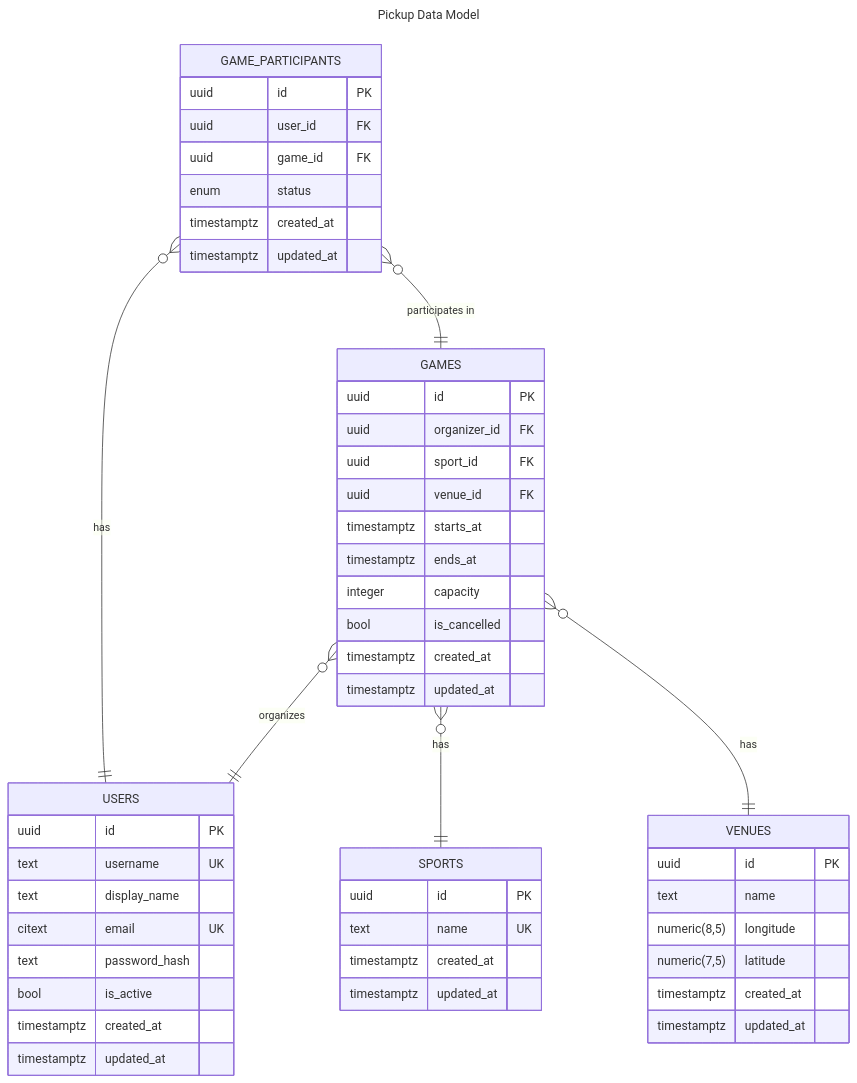
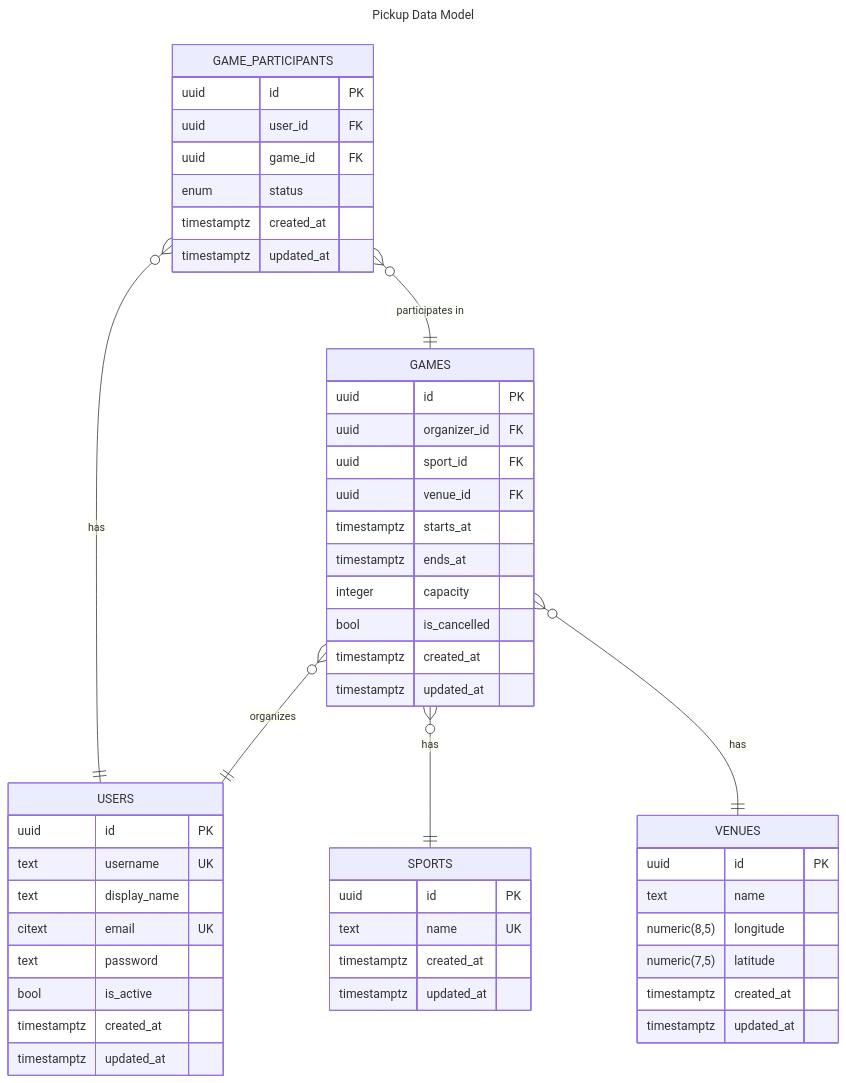
The diagram in docs/data-model.md (AkakiGoginava/React-Native---Next.js-Learning-Project), drawn with Mermaid before and after one commit. The commit also changed 10 other files, not shown here.

Commit message:
feat: install drizzle and create user schema

````diff
--- a/docs/data-model.md
+++ b/docs/data-model.md
@@ -3,55 +3,55 @@
 ```mermaid
 ---
 title: Pickup Data Model
 ---
 erDiagram
     GAME_PARTICIPANTS }o--|| USERS : has
     GAME_PARTICIPANTS }o--|| GAMES : "participates in"
     GAMES }o--|| SPORTS : has
     GAMES }o--|| VENUES : has
     GAMES }o--|| USERS : organizes
     USERS {
         uuid id PK
         text username UK
         text display_name
         citext email UK
-        text password_hash
+        text password
         bool is_active
         timestamptz created_at
         timestamptz updated_at
     }
     GAME_PARTICIPANTS {
         uuid id PK
         uuid user_id FK
         uuid game_id FK
         enum status
         timestamptz created_at
         timestamptz updated_at
     }
     SPORTS {
         uuid id PK
         text name UK
         timestamptz created_at
         timestamptz updated_at
     }
     VENUES {
         uuid id PK
         text name
         numeric(8,5) longitude
         numeric(7,5) latitude
         timestamptz created_at
         timestamptz updated_at
     }
     GAMES {
         uuid id PK
         uuid organizer_id FK
         uuid sport_id FK
         uuid venue_id FK
         timestamptz starts_at
         timestamptz ends_at
         integer capacity
         bool is_cancelled
         timestamptz created_at
         timestamptz updated_at
     }
 ```
````
